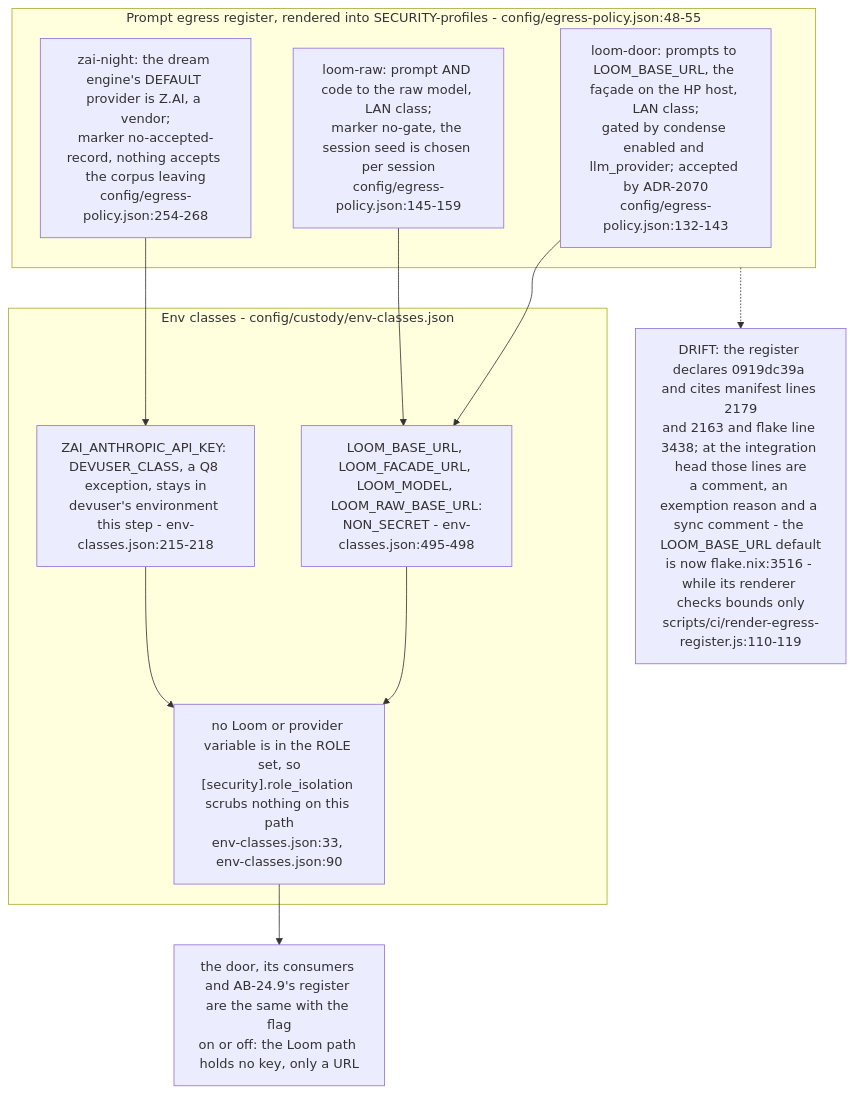
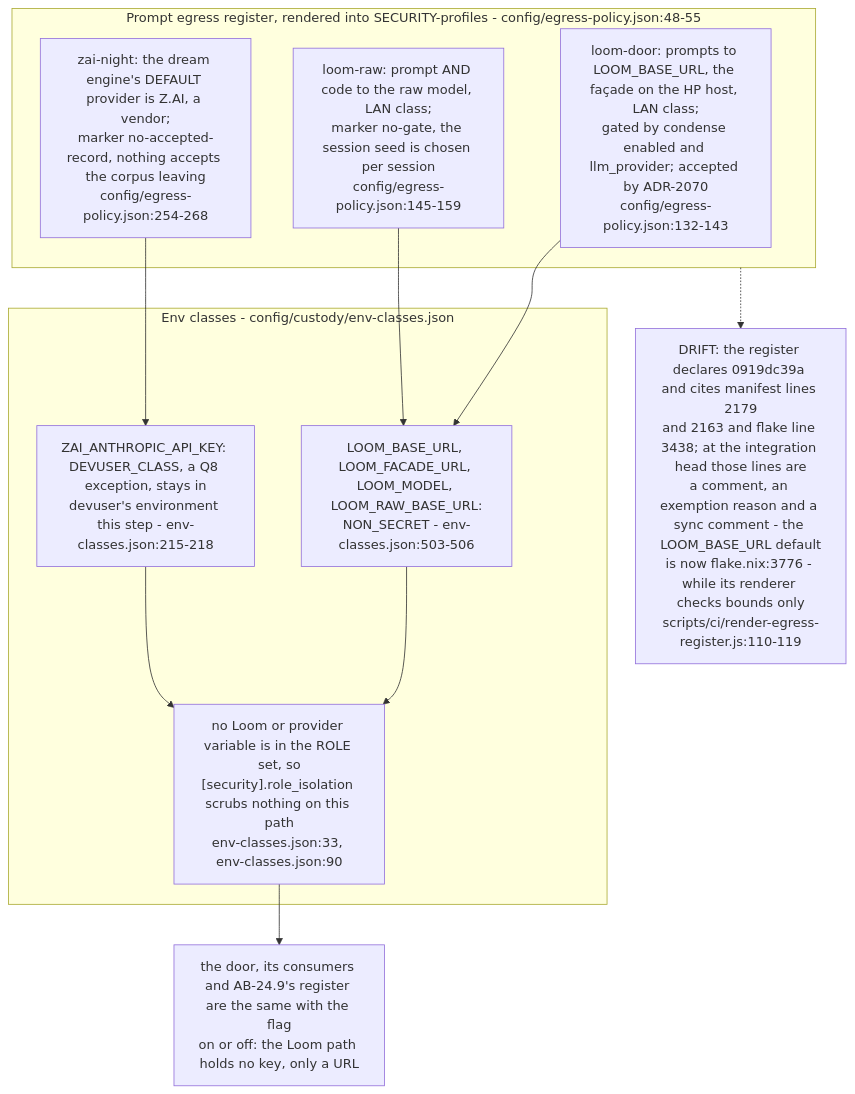
Diagram 13 of 13 in docs/diagrams/agentbox/24-loom-facade.md (DreamLab-AI/VisionFlow), drawn with Mermaid before and after one commit. The commit also changed other lines of this file and 111 other files, not shown here.

Commit message:
docs(diagrams): align estate maps with current source

````diff
--- a/docs/diagrams/agentbox/24-loom-facade.md
+++ b/docs/diagrams/agentbox/24-loom-facade.md
@@ -478,20 +478,20 @@
 ```mermaid
 flowchart TB
     subgraph reg["Prompt egress register, rendered into SECURITY-profiles - config/egress-policy.json:48-55"]
         R1["loom-door: prompts to LOOM_BASE_URL, the façade on the HP host, LAN class;<br/>gated by condense enabled and llm_provider; accepted by ADR-2070<br/>config/egress-policy.json:132-143"]
         R2["loom-raw: prompt AND code to the raw model, LAN class;<br/>marker no-gate, the session seed is chosen per session<br/>config/egress-policy.json:145-159"]
         R3["zai-night: the dream engine's DEFAULT provider is Z.AI, a vendor;<br/>marker no-accepted-record, nothing accepts the corpus leaving<br/>config/egress-policy.json:254-268"]
     end
     subgraph cls["Env classes - config/custody/env-classes.json"]
-        C1["LOOM_BASE_URL, LOOM_FACADE_URL, LOOM_MODEL, LOOM_RAW_BASE_URL:<br/>NON_SECRET - env-classes.json:495-498"]
+        C1["LOOM_BASE_URL, LOOM_FACADE_URL, LOOM_MODEL, LOOM_RAW_BASE_URL:<br/>NON_SECRET - env-classes.json:503-506"]
         C2["ZAI_ANTHROPIC_API_KEY: DEVUSER_CLASS, a Q8 exception, stays in<br/>devuser's environment this step - env-classes.json:215-218"]
         C3["no Loom or provider variable is in the ROLE set, so<br/>[security].role_isolation scrubs nothing on this path<br/>env-classes.json:33, env-classes.json:90"]
     end
     R1 --> C1
     R2 --> C1
     R3 --> C2
     C1 --> C3
     C2 --> C3
     C3 --> SAME["the door, its consumers and AB-24.9's register are the same with the flag<br/>on or off: the Loom path holds no key, only a URL"]
-    reg -.-> DR["DRIFT: the register declares 0919dc39a and cites manifest lines 2179<br/>and 2163 and flake line 3438; at the integration head those lines are<br/>a comment, an exemption reason and a sync comment - the LOOM_BASE_URL default<br/>is now flake.nix:3516 - while its renderer checks bounds only<br/>scripts/ci/render-egress-register.js:110-119"]
+    reg -.-> DR["DRIFT: the register declares 0919dc39a and cites manifest lines 2179<br/>and 2163 and flake line 3438; at the integration head those lines are<br/>a comment, an exemption reason and a sync comment - the LOOM_BASE_URL default<br/>is now flake.nix:3776 - while its renderer checks bounds only<br/>scripts/ci/render-egress-register.js:110-119"]
 ```
````
